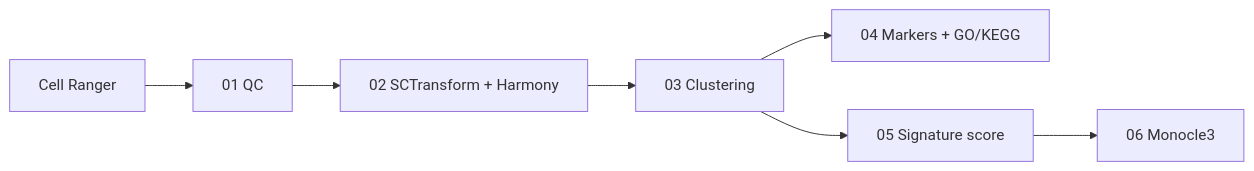
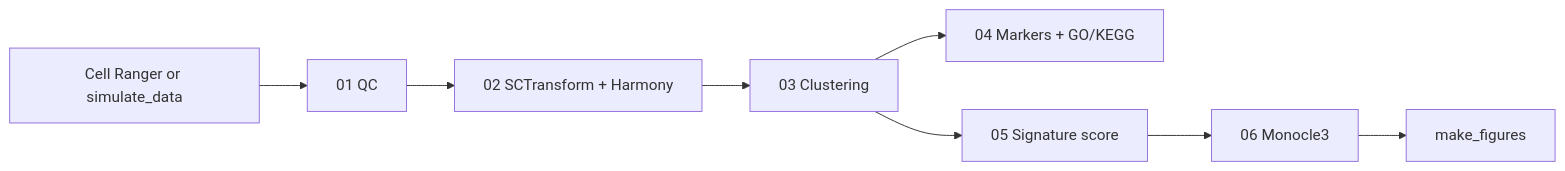
One commit to navachoc/scRNAseq-tki_resistance changed the diagram in README.md. Above: the diagram before and after it, drawn with Mermaid. The commit also changed other lines of this file and 22 other files, not shown here.

Commit message:
Reproducible pipeline with simulated data and example figures

````diff
--- a/README.md
+++ b/README.md
@@ -30,9 +30,10 @@
 ```mermaid
 flowchart LR
-    A[Cell Ranger] --> B[01 QC]
+    A[Cell Ranger or simulate_data] --> B[01 QC]
     B --> C[02 SCTransform + Harmony]
     C --> D[03 Clustering]
     D --> E[04 Markers + GO/KEGG]
     D --> F[05 Signature score]
     F --> G[06 Monocle3]
+    G --> H[make_figures]
 ```
````
